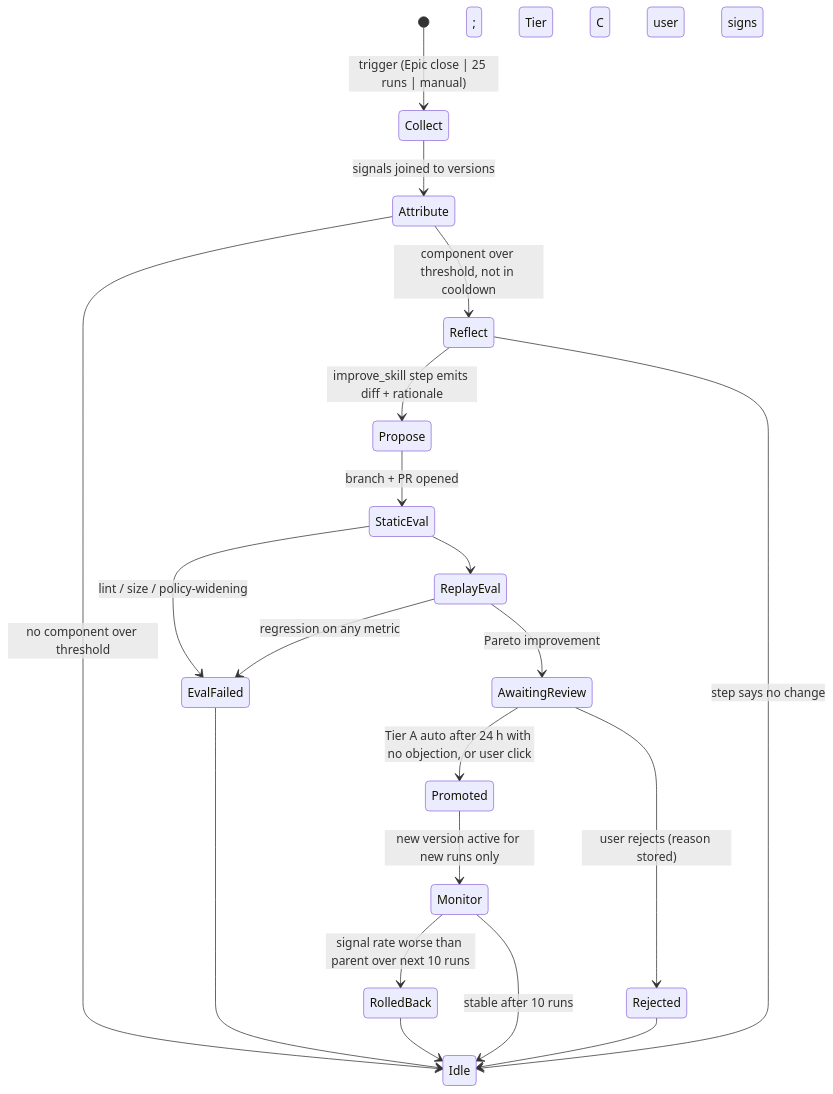
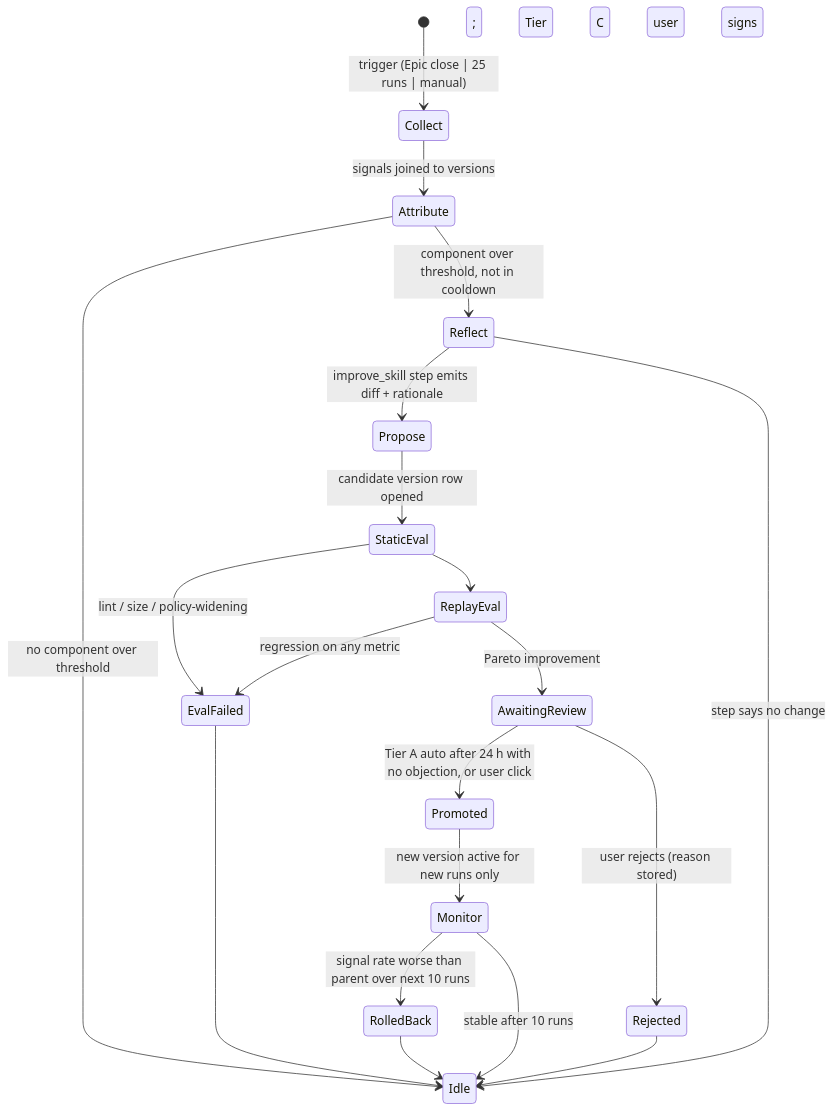
One commit to vks-forge/forge changed the diagram in docs/design/self-improvement.md. Above: the diagram before and after it, drawn with Mermaid. The commit also changed other lines of this file and 13 other files, not shown here.

````diff
--- a/docs/design/self-improvement.md
+++ b/docs/design/self-improvement.md
@@ -84,22 +111,22 @@
 ```mermaid
 stateDiagram-v2
   [*] --> Collect: trigger (Epic close | 25 runs | manual)
   Collect --> Attribute: signals joined to versions
   Attribute --> Idle: no component over threshold
   Attribute --> Reflect: component over threshold, not in cooldown
   Reflect --> Propose: improve_skill step emits diff + rationale
   Reflect --> Idle: step says no change
-  Propose --> StaticEval: branch + PR opened
+  Propose --> StaticEval: candidate version row opened
   StaticEval --> EvalFailed: lint / size / policy-widening
   StaticEval --> ReplayEval
   ReplayEval --> EvalFailed: regression on any metric
   ReplayEval --> AwaitingReview: Pareto improvement
   AwaitingReview --> Promoted: Tier A auto after 24 h with no objection, or user click; Tier C user signs
   AwaitingReview --> Rejected: user rejects (reason stored)
   Promoted --> Monitor: new version active for new runs only
   Monitor --> RolledBack: signal rate worse than parent over next 10 runs
   Monitor --> Idle: stable after 10 runs
   RolledBack --> Idle
   EvalFailed --> Idle
   Rejected --> Idle
 ```
````
